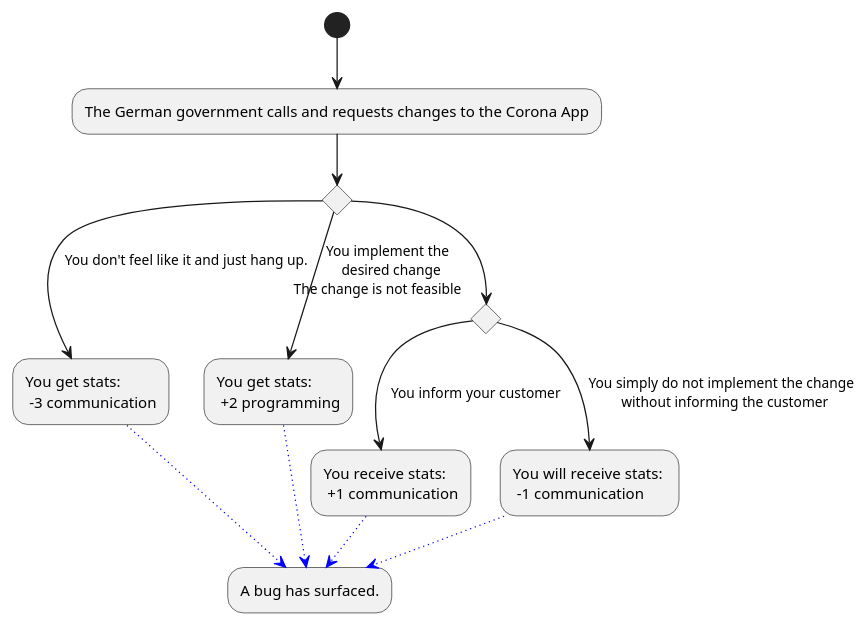
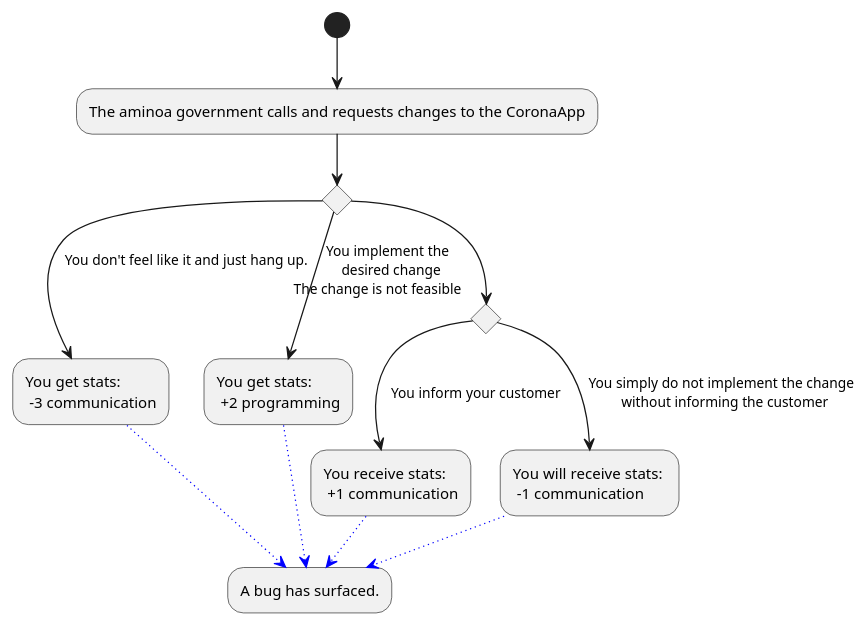
One commit to Brotenko/QualityQuest changed the diagram in Docs/Technical Specifications/docs/diagrams/StoryFlow/StoryFlow_Decision_10.puml. Above: the diagram before and after it, drawn with PlantUML. The commit also changed 16 other files, not shown here.

```diff
--- a/Docs/Technical Specifications/docs/diagrams/StoryFlow/StoryFlow_Decision_10.puml
+++ b/Docs/Technical Specifications/docs/diagrams/StoryFlow/StoryFlow_Decision_10.puml
@@ -1,16 +1,17 @@
 @startuml
-(*) --> "The German government calls and requests changes to the Corona App" as app
+'Note: the project is not final, just a filler at the moment
+(*) --> "The aminoa government calls and requests changes to the CoronaApp" as app
 if "" then 
 --> [You don't feel like it and just hang up.] "You get stats: \n -3 communication" as a1
 else 
 --> [You implement the \n desired change] "You get stats: \n +2 programming" as a2
 else
 if "The change is not feasible"
 --> [You inform your customer] "You receive stats: \n +1 communication" as b1
 else 
 --> [You simply do not implement the change \n without informing the customer] "You will receive stats: \n -1 communication"
 -[#blue,dotted]-> "A bug has surfaced." as bug 
 a1 -[#blue,dotted]-> bug
 a2 -[#blue,dotted]-> bug
 b1 -[#blue,dotted]-> bug
 @enduml
```
